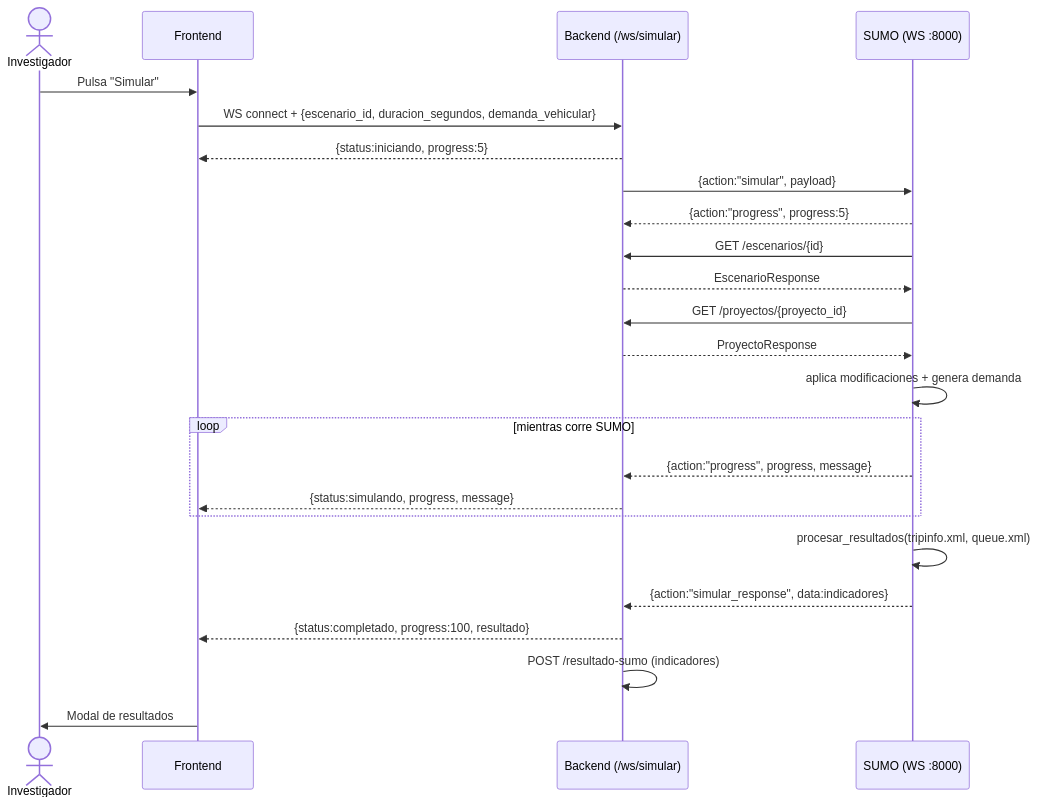
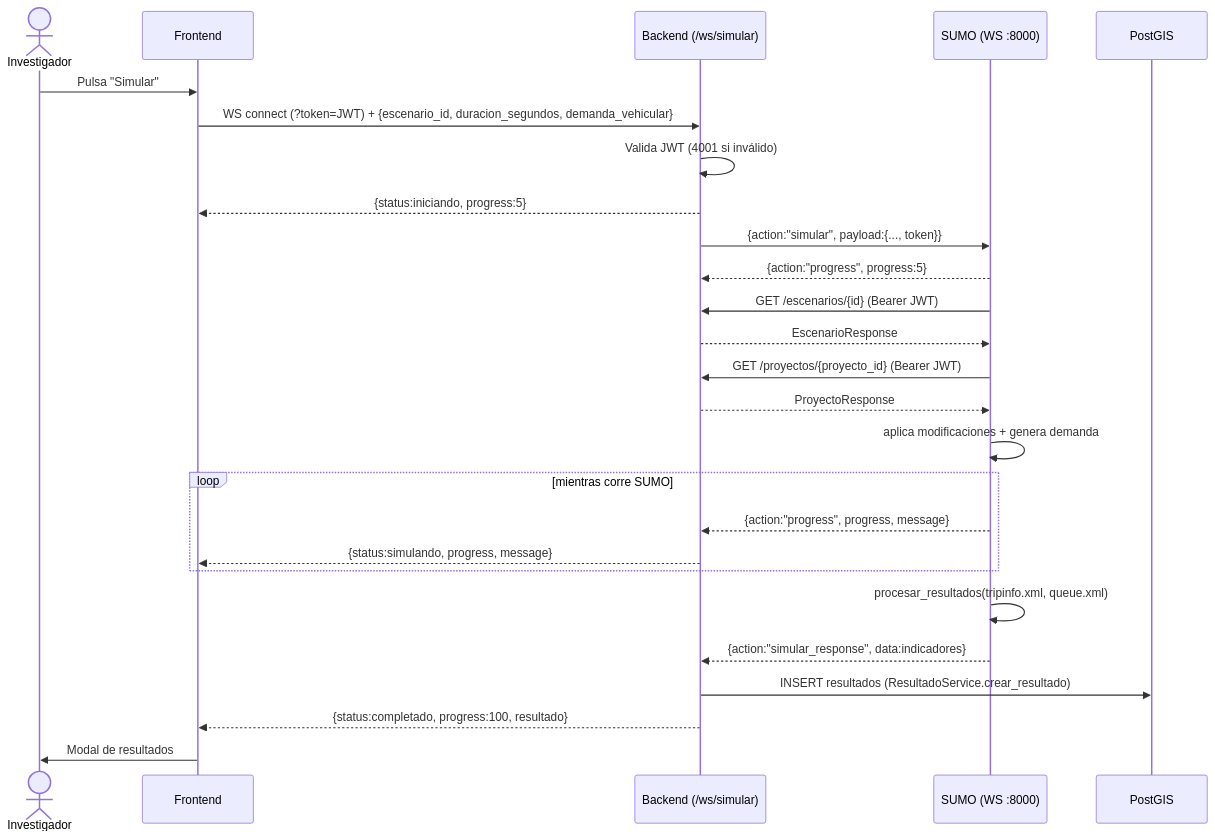
Diagram 12 of 16 in casosdeusocorregido.md (DMau1420/TranSystem-Twins), drawn with Mermaid before and after one commit. The commit also changed other lines of this file and 5 other files, not shown here.

````diff
--- a/casosdeusocorregido.md
+++ b/casosdeusocorregido.md
@@ -725,28 +734,30 @@
 ```mermaid
 sequenceDiagram
     actor U as Investigador
     participant FE as Frontend
     participant BE as Backend (/ws/simular)
     participant S as SUMO (WS :8000)
+    participant DB as PostGIS
 
     U->>FE: Pulsa "Simular"
-    FE->>BE: WS connect + {escenario_id, duracion_segundos, demanda_vehicular}
+    FE->>BE: WS connect (?token=JWT) + {escenario_id, duracion_segundos, demanda_vehicular}
+    BE->>BE: Valida JWT (4001 si inválido)
     BE-->>FE: {status:iniciando, progress:5}
-    BE->>S: {action:"simular", payload}
+    BE->>S: {action:"simular", payload:{..., token}}
     S-->>BE: {action:"progress", progress:5}
-    S->>BE: GET /escenarios/{id}
+    S->>BE: GET /escenarios/{id} (Bearer JWT)
     BE-->>S: EscenarioResponse
-    S->>BE: GET /proyectos/{proyecto_id}
+    S->>BE: GET /proyectos/{proyecto_id} (Bearer JWT)
     BE-->>S: ProyectoResponse
 
     S->>S: aplica modificaciones + genera demanda
     loop mientras corre SUMO
         S-->>BE: {action:"progress", progress, message}
         BE-->>FE: {status:simulando, progress, message}
     end
     S->>S: procesar_resultados(tripinfo.xml, queue.xml)
     S-->>BE: {action:"simular_response", data:indicadores}
+    BE->>DB: INSERT resultados (ResultadoService.crear_resultado)
     BE-->>FE: {status:completado, progress:100, resultado}
-    BE->>BE: POST /resultado-sumo (indicadores)
     FE->>U: Modal de resultados
 ```
````
